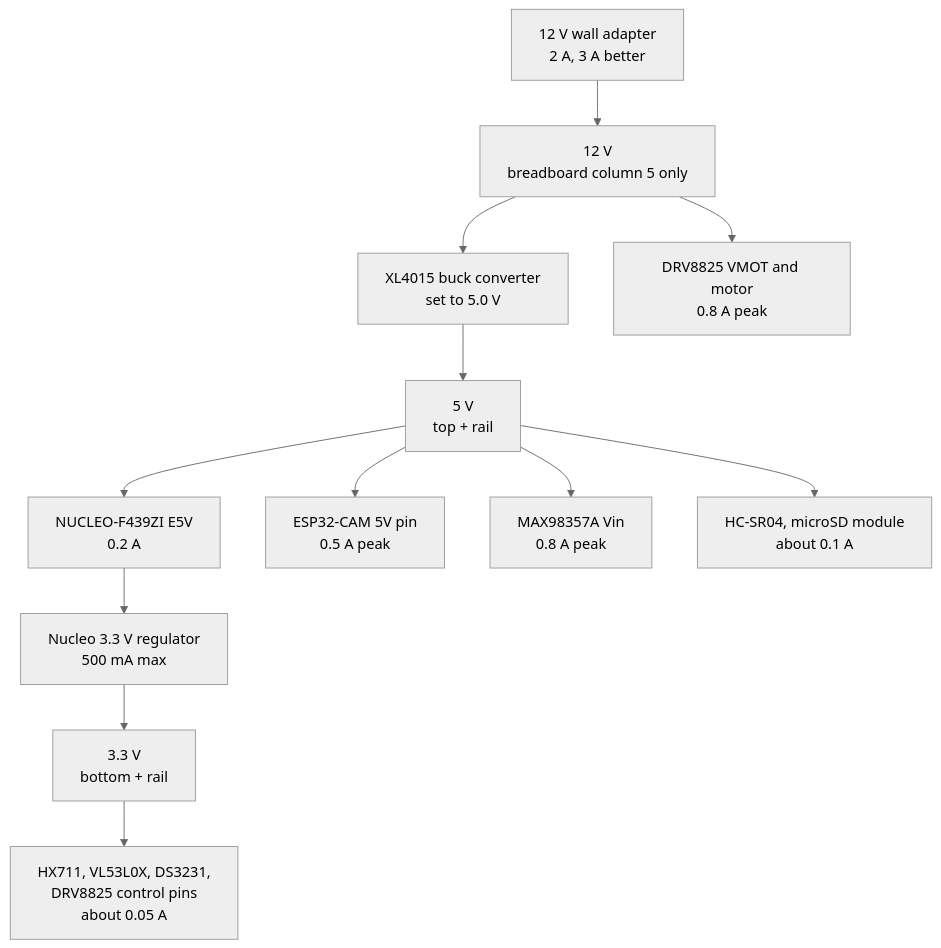
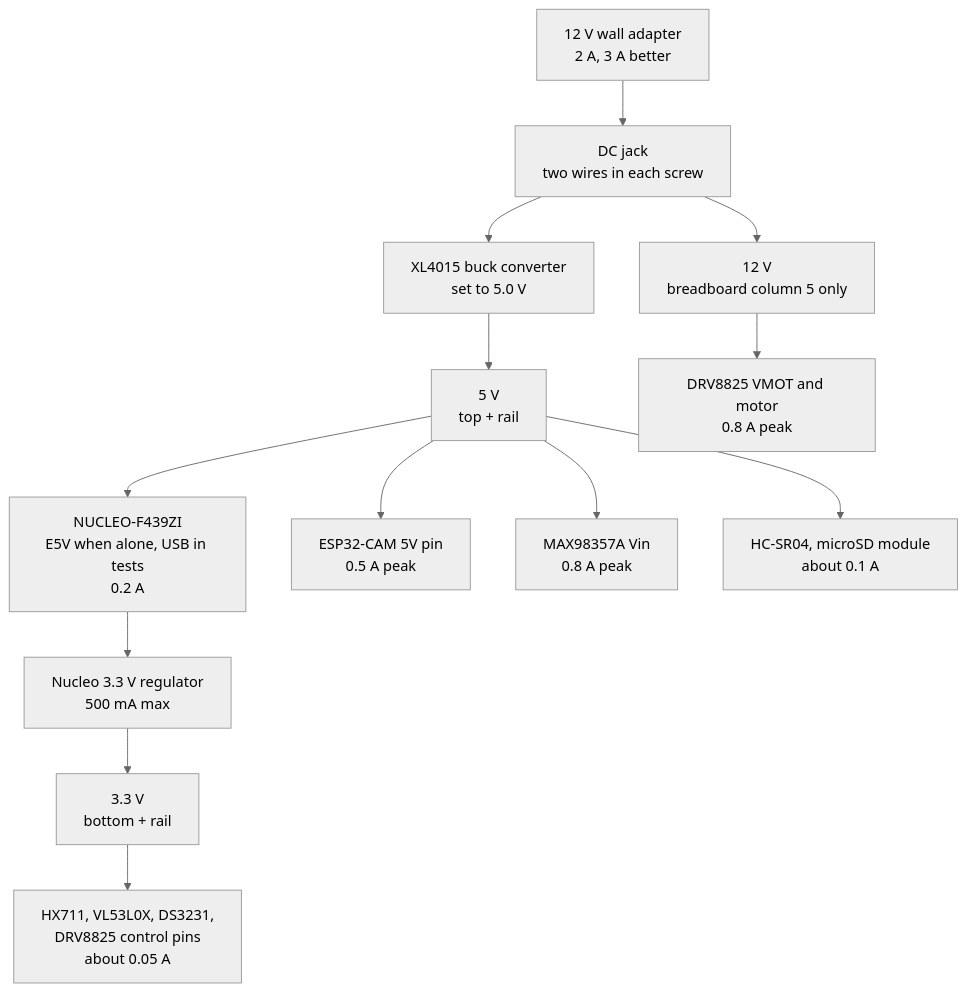
Before and after one commit to sourcandy101/kibbly: the fourth of 10 diagrams in hardware/02_system_architecture.md, drawn with Mermaid (neutral theme). The commit also changed other lines of this file and 9 other files, not shown here.

First line of the commit message:
Add circuit 7 (power: 12 V, XL4015 to 5 V, 3.3 V) and update the architecture

````diff
--- a/hardware/02_system_architecture.md
+++ b/hardware/02_system_architecture.md
@@ -201,25 +201,27 @@
 ```mermaid
 flowchart TB
     AD["12 V wall adapter<br/>2 A, 3 A better"]
     BUS12["12 V<br/>breadboard column 5 only"]
     BK["XL4015 buck converter<br/>set to 5.0 V"]
     BUS5["5 V<br/>top + rail"]
     LDO["Nucleo 3.3 V regulator<br/>500 mA max"]
     BUS3["3.3 V<br/>bottom + rail"]
 
     DRV["DRV8825 VMOT and motor<br/>0.8 A peak"]
-    NU["NUCLEO-F439ZI E5V<br/>0.2 A"]
+    NU["NUCLEO-F439ZI<br/>E5V when alone, USB in tests<br/>0.2 A"]
     ESP["ESP32-CAM 5V pin<br/>0.5 A peak"]
     AMP["MAX98357A Vin<br/>0.8 A peak"]
     S5["HC-SR04, microSD module<br/>about 0.1 A"]
     S3["HX711, VL53L0X, DS3231,<br/>DRV8825 control pins<br/>about 0.05 A"]
 
-    AD --> BUS12
+    JACK["DC jack<br/>two wires in each screw"]
+    AD --> JACK
+    JACK --> BUS12
     BUS12 --> DRV
-    BUS12 --> BK --> BUS5
+    JACK --> BK --> BUS5
     BUS5 --> NU
     BUS5 --> ESP
     BUS5 --> AMP
     BUS5 --> S5
     NU --> LDO --> BUS3 --> S3
 ```
````
